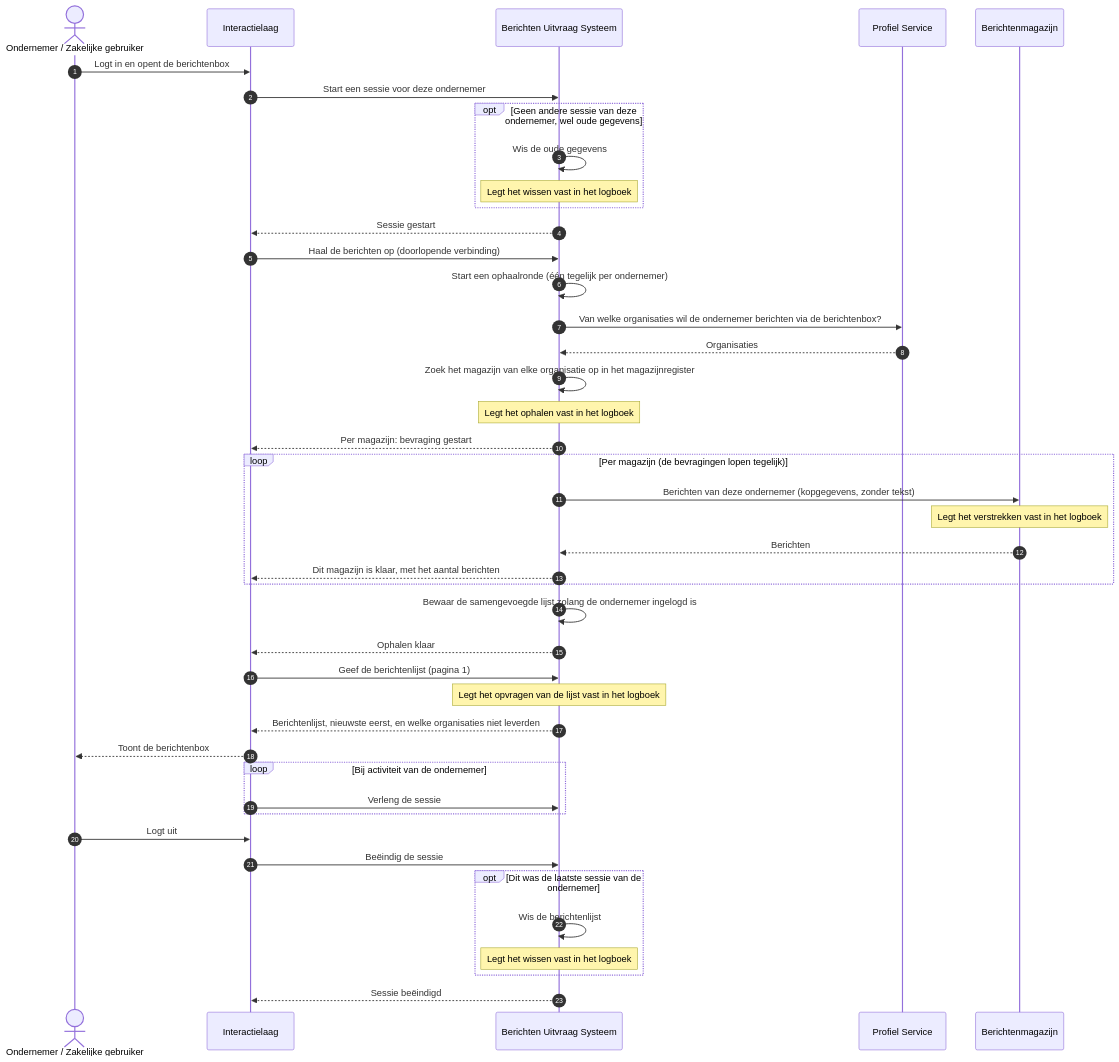
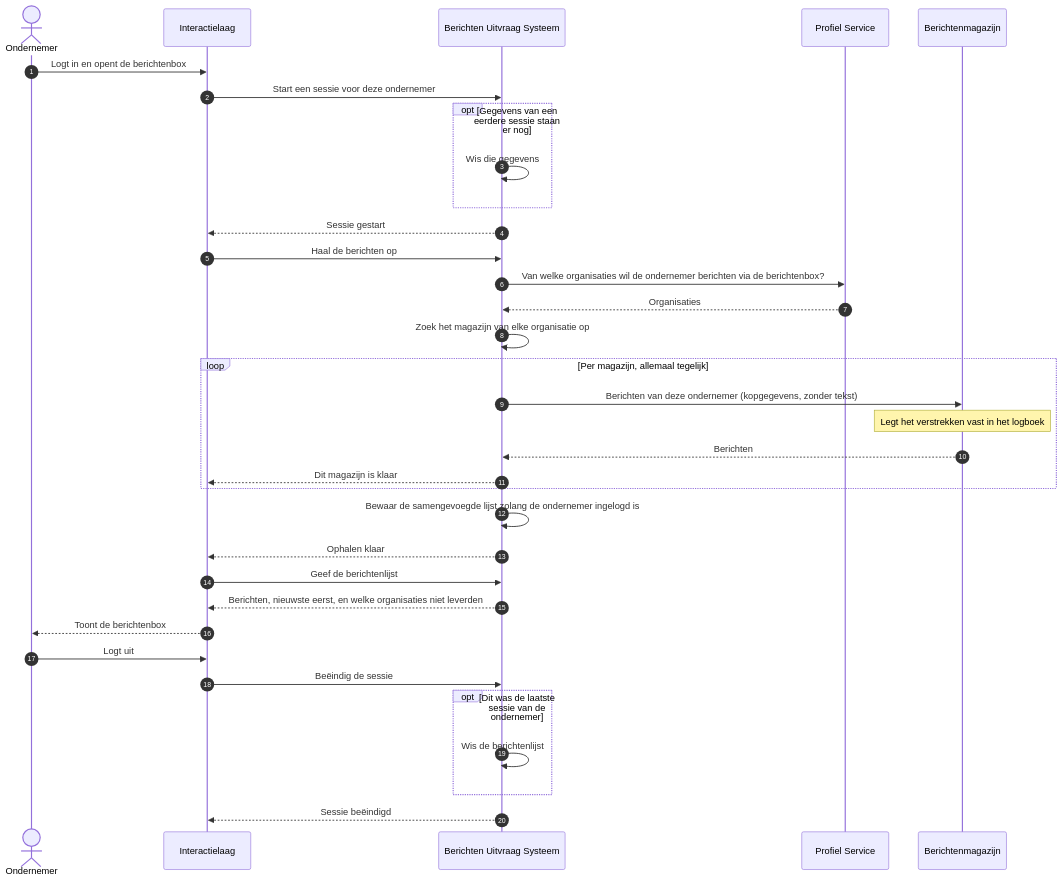
Before and after one commit to MinBZK/moza-poc-fbs-berichtenbox: the diagram in docs/architecture/workspace-docs/06-uc2-berichtenbox-openen.md, drawn with Mermaid. The commit also changed other lines of this file and 15 other files, not shown here.

First line of the commit message:
docs(architectuur): use cases als eindresultaat, beheersituaties als use case 9-11

````diff
--- a/docs/architecture/workspace-docs/06-uc2-berichtenbox-openen.md
+++ b/docs/architecture/workspace-docs/06-uc2-berichtenbox-openen.md
@@ -34,49 +34,40 @@
 ```mermaid
 sequenceDiagram
     autonumber
-    actor OND as Ondernemer / Zakelijke gebruiker
+    actor OND as Ondernemer
     participant IL as Interactielaag
     participant FBS as Berichten Uitvraag Systeem
     participant PRO as Profiel Service
     participant MAG as Berichtenmagazijn
 
     OND->>IL: Logt in en opent de berichtenbox
     IL->>FBS: Start een sessie voor deze ondernemer
-    opt Geen andere sessie van deze ondernemer, wel oude gegevens
-        FBS->>FBS: Wis de oude gegevens
-        Note over FBS: Legt het wissen vast in het logboek
+    opt Gegevens van een eerdere sessie staan er nog
+        FBS->>FBS: Wis die gegevens
     end
     FBS-->>IL: Sessie gestart
 
-    IL->>FBS: Haal de berichten op (doorlopende verbinding)
-    FBS->>FBS: Start een ophaalronde (één tegelijk per ondernemer)
+    IL->>FBS: Haal de berichten op
     FBS->>PRO: Van welke organisaties wil de ondernemer berichten via de berichtenbox?
     PRO-->>FBS: Organisaties
-    FBS->>FBS: Zoek het magazijn van elke organisatie op in het magazijnregister
-    Note over FBS: Legt het ophalen vast in het logboek
-    FBS-->>IL: Per magazijn: bevraging gestart
-    loop Per magazijn (de bevragingen lopen tegelijk)
+    FBS->>FBS: Zoek het magazijn van elke organisatie op
+    loop Per magazijn, allemaal tegelijk
         FBS->>MAG: Berichten van deze ondernemer (kopgegevens, zonder tekst)
         Note over MAG: Legt het verstrekken vast in het logboek
         MAG-->>FBS: Berichten
-        FBS-->>IL: Dit magazijn is klaar, met het aantal berichten
+        FBS-->>IL: Dit magazijn is klaar
     end
     FBS->>FBS: Bewaar de samengevoegde lijst zolang de ondernemer ingelogd is
     FBS-->>IL: Ophalen klaar
 
-    IL->>FBS: Geef de berichtenlijst (pagina 1)
-    Note over FBS: Legt het opvragen van de lijst vast in het logboek
-    FBS-->>IL: Berichtenlijst, nieuwste eerst, en welke organisaties niet leverden
+    IL->>FBS: Geef de berichtenlijst
+    FBS-->>IL: Berichten, nieuwste eerst, en welke organisaties niet leverden
     IL-->>OND: Toont de berichtenbox
 
-    loop Bij activiteit van de ondernemer
-        IL->>FBS: Verleng de sessie
-    end
     OND->>IL: Logt uit
     IL->>FBS: Beëindig de sessie
     opt Dit was de laatste sessie van de ondernemer
         FBS->>FBS: Wis de berichtenlijst
-        Note over FBS: Legt het wissen vast in het logboek
     end
     FBS-->>IL: Sessie beëindigd
 ```
````
